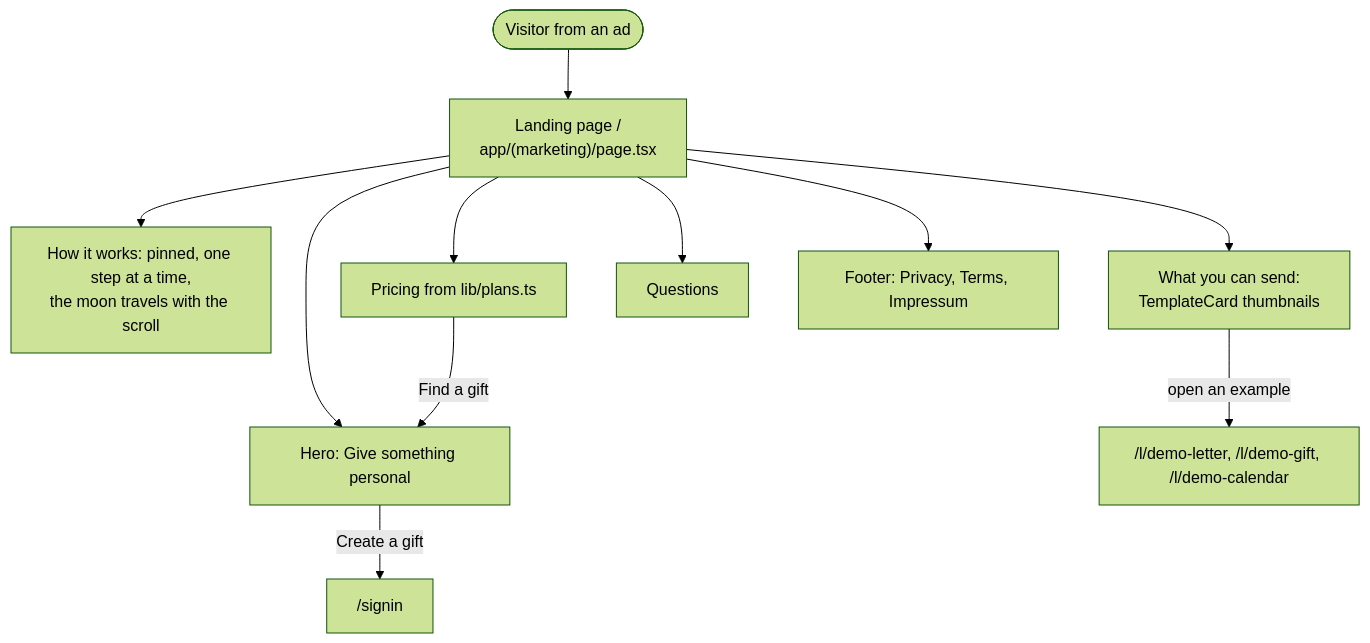
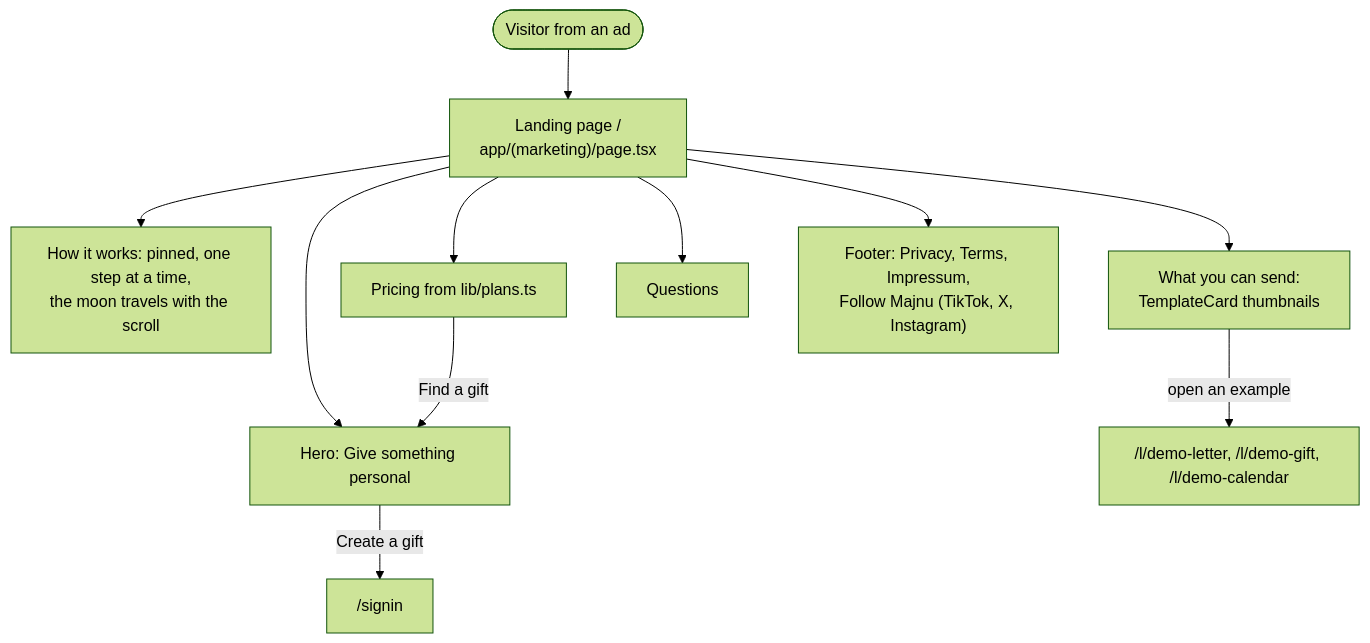
One commit to peresramirez/majnu changed the first of 3 diagrams in docs/features/landing-and-brand.md. Above: the diagram before and after it, drawn with Mermaid (forest theme). The commit also changed other lines of this file and 7 other files, not shown here.

First line of the commit message:
Add Majnu's TikTok, X and Instagram links to the footer and the last pitch slide

````diff
--- a/docs/features/landing-and-brand.md
+++ b/docs/features/landing-and-brand.md
@@ -9,13 +9,13 @@
 ```mermaid
 flowchart TD
   ad(["Visitor from an ad"]) --> landing["Landing page /<br/>app/(marketing)/page.tsx"]
   landing --> hero["Hero: Give something personal"]
   landing --> how["How it works: pinned, one step at a time,<br/>the moon travels with the scroll"]
   landing --> send["What you can send:<br/>TemplateCard thumbnails"]
   landing --> pricing["Pricing from lib/plans.ts"]
   landing --> faq["Questions"]
   send -->|"open an example"| demo["/l/demo-letter, /l/demo-gift, /l/demo-calendar"]
   hero -->|"Create a gift"| signin["/signin"]
   pricing -->|"Find a gift"| hero
-  landing --> footer["Footer: Privacy, Terms, Impressum"]
+  landing --> footer["Footer: Privacy, Terms, Impressum,<br/>Follow Majnu (TikTok, X, Instagram)"]
 ```
````
